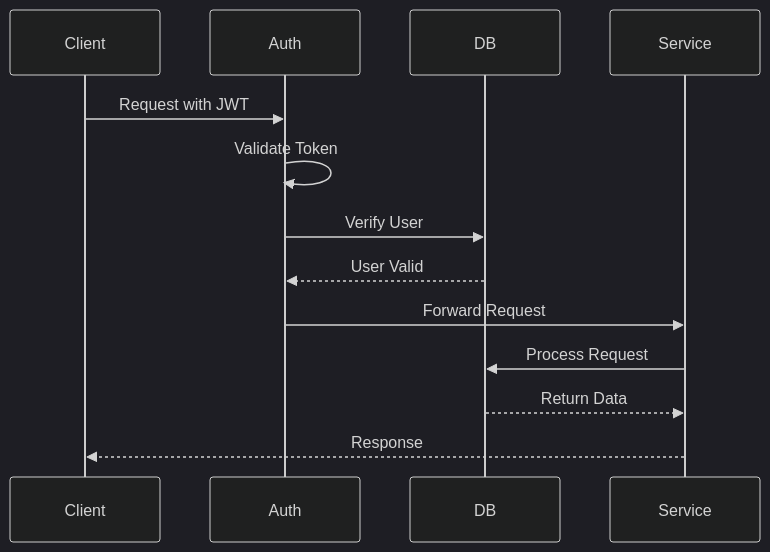
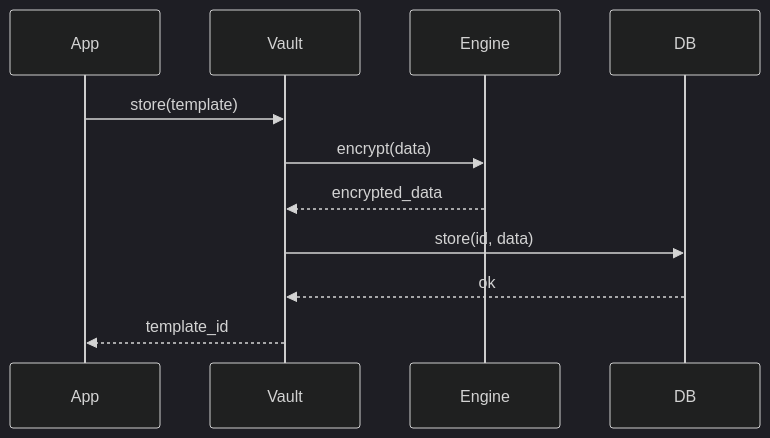
Before and after one commit to JtPerez-Acle/secure-biometric: the first of 2 diagrams in rust-process/README.md, drawn with Mermaid (dark theme). The commit also changed other lines of this file, not shown here.

````diff
--- a/rust-process/README.md
+++ b/rust-process/README.md
@@ -323,16 +70,14 @@
 ```mermaid
 sequenceDiagram
-    participant Client
-    participant Auth
+    participant App
+    participant Vault
+    participant Engine
     participant DB
-    participant Service
-
-    Client->>Auth: Request with JWT
-    Auth->>Auth: Validate Token
-    Auth->>DB: Verify User
-    DB-->>Auth: User Valid
-    Auth->>Service: Forward Request
-    Service->>DB: Process Request
-    DB-->>Service: Return Data
-    Service-->>Client: Response
+    
+    App->>Vault: store(template)
+    Vault->>Engine: encrypt(data)
+    Engine-->>Vault: encrypted_data
+    Vault->>DB: store(id, data)
+    DB-->>Vault: ok
+    Vault-->>App: template_id
 ```
````
